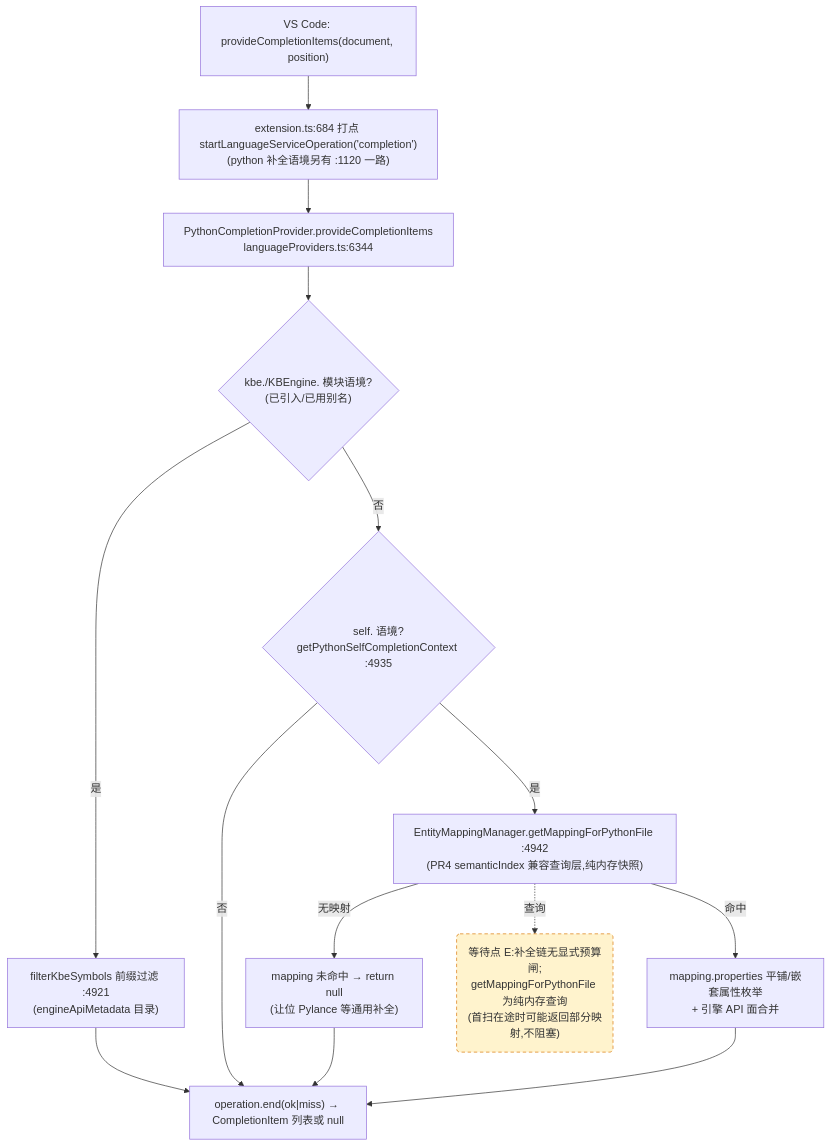
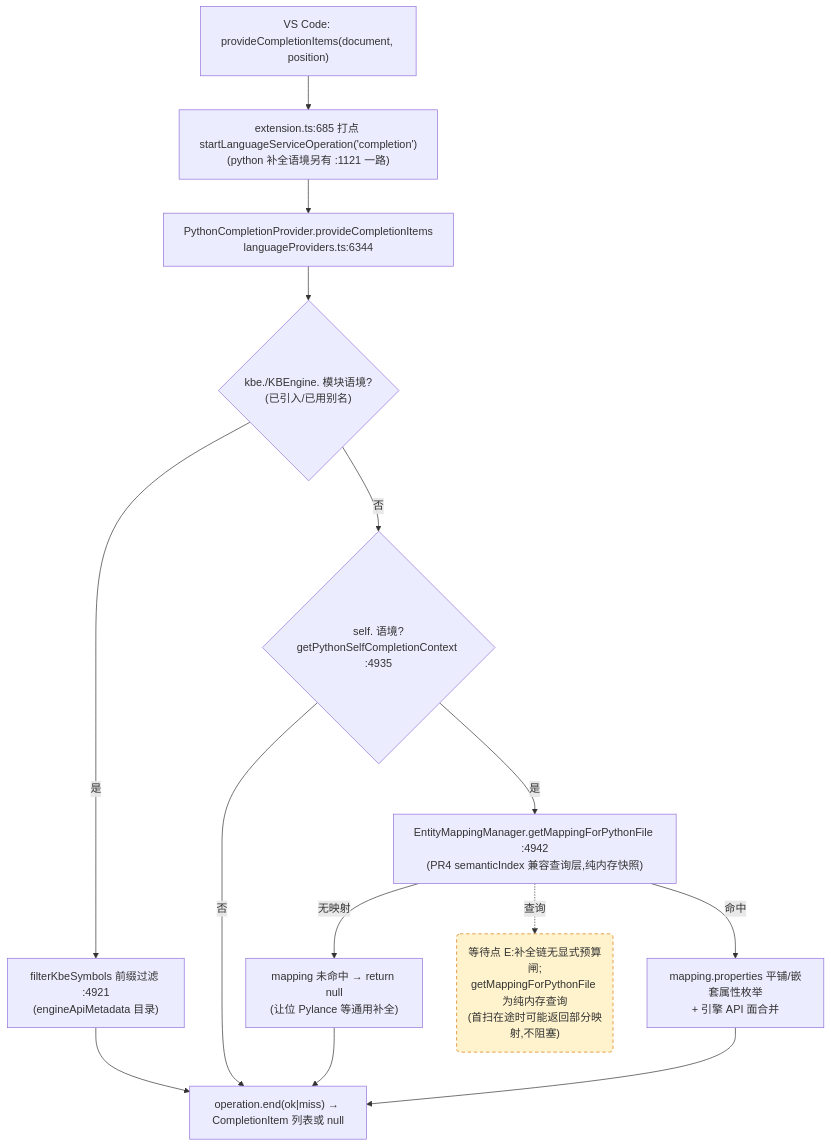
Before and after one commit to cuihairu/kode: the third of 4 diagrams in docs/perf/2026-baseline.md, drawn with Mermaid. The commit also changed other lines of this file and 10 other files, not shown here.

Commit message:
perf: parse large def off host thread in schema build

````diff
--- a/docs/perf/2026-baseline.md
+++ b/docs/perf/2026-baseline.md
@@ -184,27 +184,27 @@
 ```mermaid
 flowchart TD
   VC3["VS Code: provideCompletionItems(document, position)"]
-  M3["extension.ts:684 打点 startLanguageServiceOperation('completion')<br/>(python 补全语境另有 :1120 一路)"]
+  M3["extension.ts:685 打点 startLanguageServiceOperation('completion')<br/>(python 补全语境另有 :1121 一路)"]
   CP["PythonCompletionProvider.provideCompletionItems<br/>languageProviders.ts:6344"]
   KBEC{"kbe./KBEngine. 模块语境?<br/>(已引入/已用别名)"}
   FILTER["filterKbeSymbols 前缀过滤 :4921<br/>(engineApiMetadata 目录)"]
   SELFC{"self. 语境?<br/>getPythonSelfCompletionContext :4935"}
   MAP["EntityMappingManager.getMappingForPythonFile :4942<br/>(PR4 semanticIndex 兼容查询层,纯内存快照)"]
   NOMAP["mapping 未命中 → return null<br/>(让位 Pylance 等通用补全)"]
   PROPS["mapping.properties 平铺/嵌套属性枚举<br/>+ 引擎 API 面合并"]
   END3["operation.end(ok|miss) → CompletionItem 列表或 null"]
 
   VC3 --> M3 --> CP --> KBEC
   KBEC -- "是" --> FILTER --> END3
   KBEC -- "否" --> SELFC
   SELFC -- "否" --> END3
   SELFC -- "是" --> MAP
   MAP -- "无映射" --> NOMAP --> END3
   MAP -- "命中" --> PROPS --> END3
 
   WAITE("等待点 E:补全链无显式预算闸;<br/>getMappingForPythonFile 为纯内存查询<br/>(首扫在途时可能返回部分映射,不阻塞)")
   MAP -.->|查询| WAITE
 
   classDef waitPoint fill:#fff3cd,stroke:#d97706,stroke-dasharray:5 4;
   class WAITE waitPoint;
 ```
````
